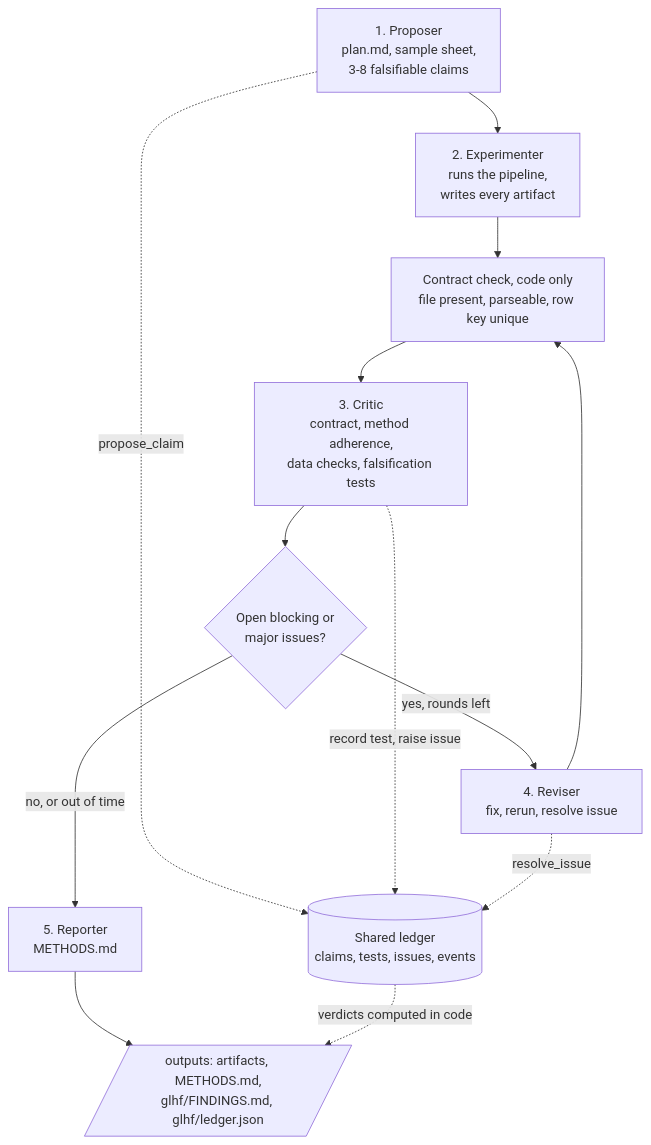
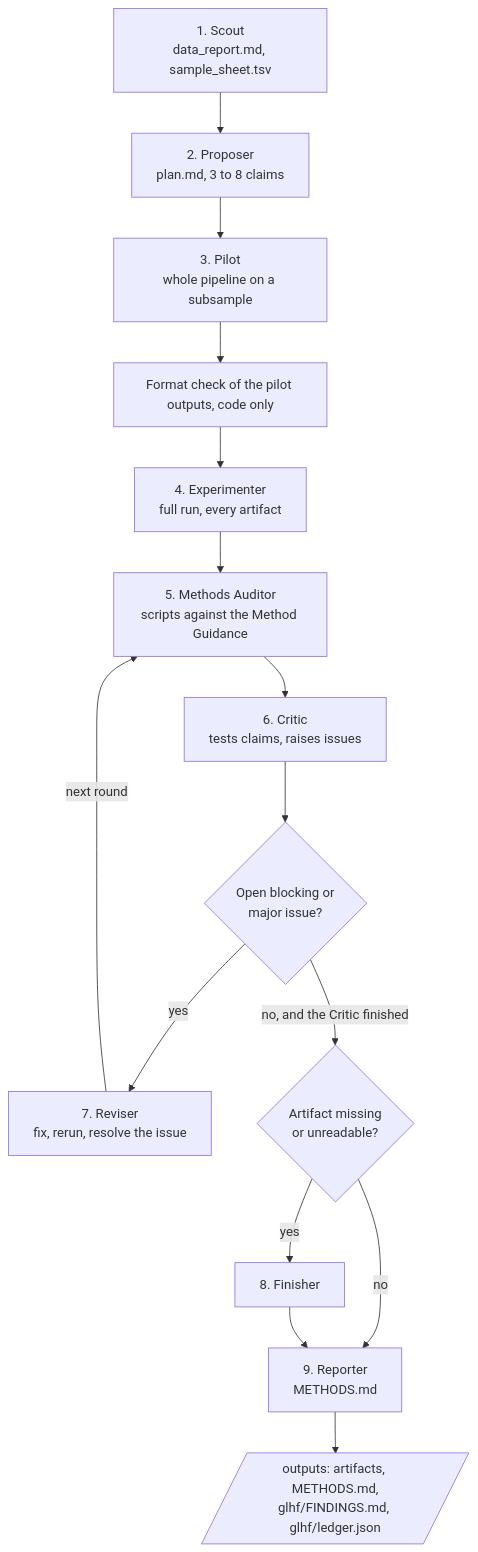
One commit to itsbrendandang/agent-test changed the second of 3 diagrams in glhf/docs/DESIGN.md. Above: the diagram before and after it, drawn with Mermaid. The commit also changed other lines of this file and 23 other files, not shown here.

````diff
--- a/glhf/docs/DESIGN.md
+++ b/glhf/docs/DESIGN.md
@@ -29,17 +38,17 @@
 ```mermaid
 flowchart TD
-    P[1. Proposer<br/>plan.md, sample sheet,<br/>3-8 falsifiable claims] --> E[2. Experimenter<br/>runs the pipeline,<br/>writes every artifact]
-    E --> K[Contract check, code only<br/>file present, parseable, row key unique]
-    K --> C[3. Critic<br/>contract, method adherence,<br/>data checks, falsification tests]
-    C --> Q{Open blocking or<br/>major issues?}
-    Q -->|yes, rounds left| V[4. Reviser<br/>fix, rerun, resolve issue]
-    V --> K
-    Q -->|no, or out of time| W[5. Reporter<br/>METHODS.md]
-    W --> F[/outputs: artifacts, METHODS.md,<br/>glhf/FINDINGS.md, glhf/ledger.json/]
-
-    L[(Shared ledger<br/>claims, tests, issues, events)]
-    P -. propose_claim .-> L
-    C -. record test, raise issue .-> L
-    V -. resolve_issue .-> L
-    L -. verdicts computed in code .-> F
+    A[1. Scout<br/>data_report.md, sample_sheet.tsv] --> P[2. Proposer<br/>plan.md, 3 to 8 claims]
+    P --> PI[3. Pilot<br/>whole pipeline on a subsample]
+    PI --> K0[Format check of the pilot outputs, code only]
+    K0 --> E[4. Experimenter<br/>full run, every artifact]
+    E --> AU[5. Methods Auditor<br/>scripts against the Method Guidance]
+    AU --> C[6. Critic<br/>tests claims, raises issues]
+    C --> Q{Open blocking or<br/>major issue?}
+    Q -->|yes| V[7. Reviser<br/>fix, rerun, resolve the issue]
+    V -->|next round| AU
+    Q -->|no, and the Critic finished| F{Artifact missing<br/>or unreadable?}
+    F -->|yes| FI[8. Finisher]
+    F -->|no| W[9. Reporter<br/>METHODS.md]
+    FI --> W
+    W --> OUT[/outputs: artifacts, METHODS.md,<br/>glhf/FINDINGS.md, glhf/ledger.json/]
 ```
````
